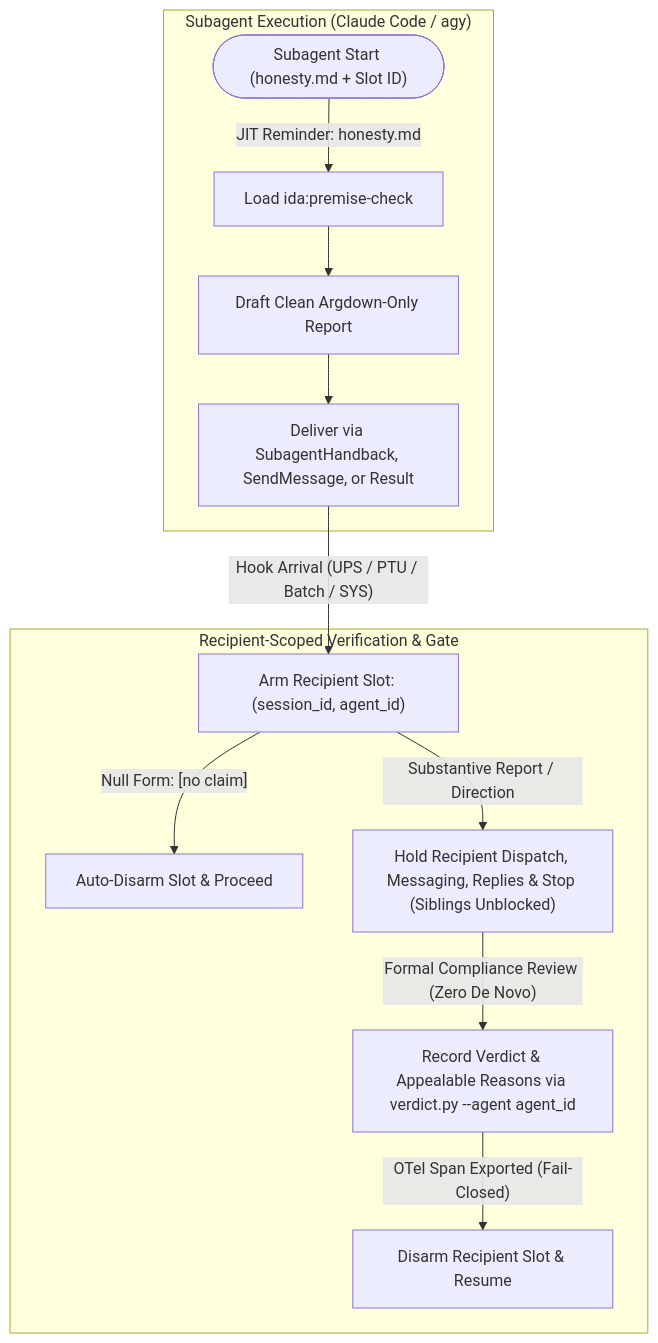
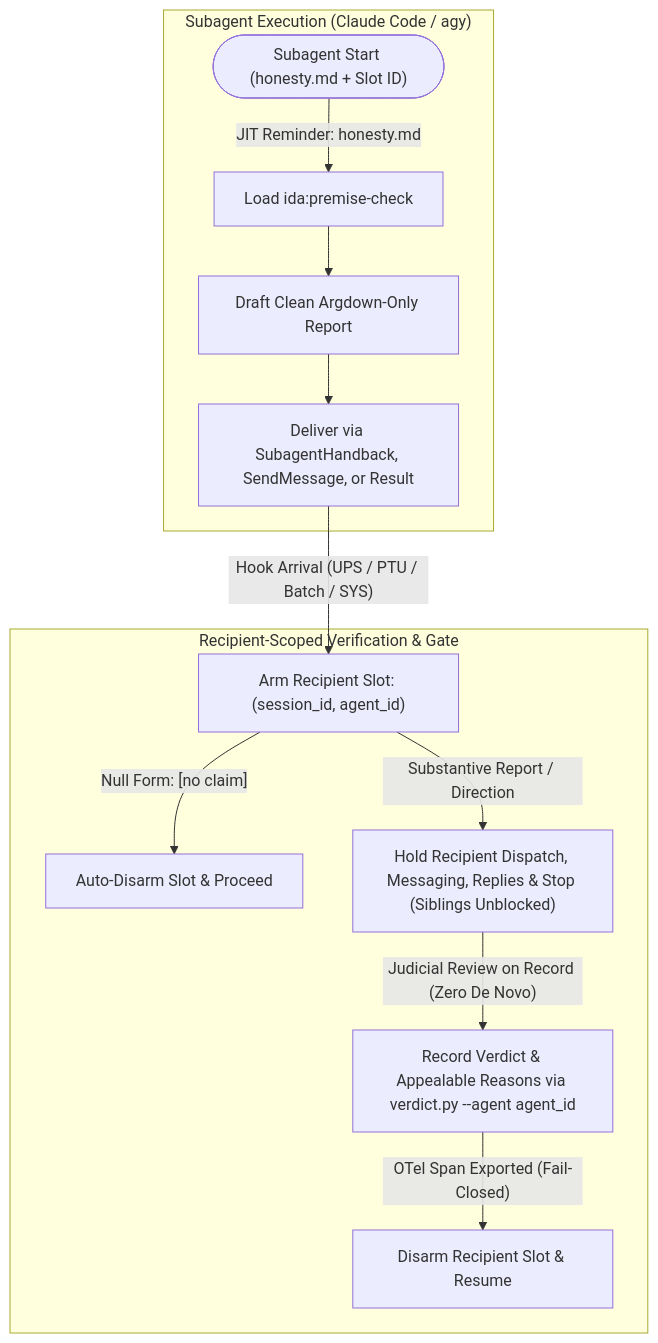
Before and after one commit to nicsuzor/academicOps: the diagram in specs/enforcement/evidence-contract-enforcement.md, drawn with Mermaid. The commit also changed other lines of this file and 24 other files, not shown here.

````diff
--- a/specs/enforcement/evidence-contract-enforcement.md
+++ b/specs/enforcement/evidence-contract-enforcement.md
@@ -16,15 +16,15 @@
 ```mermaid
 flowchart TD
     subgraph SubagentExecution ["Subagent Execution (Claude Code / agy)"]
         Start(["Subagent Start (honesty.md + Slot ID)"]) -->|"JIT Reminder: honesty.md"| Prompt["Load ida:premise-check"]
         Prompt --> Draft["Draft Clean Argdown-Only Report"]
         Draft --> Handback["Deliver via SubagentHandback, SendMessage, or Result"]
     end
     subgraph CallerVerification ["Recipient-Scoped Verification & Gate"]
         Handback -->|"Hook Arrival (UPS / PTU / Batch / SYS)"| SlotArm["Arm Recipient Slot: (session_id, agent_id)"]
         SlotArm -->|"Null Form: [no claim]"| DisarmNull["Auto-Disarm Slot & Proceed"]
         SlotArm -->|"Substantive Report / Direction"| HoldSlot["Hold Recipient Dispatch, Messaging, Replies & Stop (Siblings Unblocked)"]
-        HoldSlot -->|"Formal Compliance Review (Zero De Novo)"| Verdict["Record Verdict & Appealable Reasons via verdict.py --agent agent_id"]
+        HoldSlot -->|"Judicial Review on Record (Zero De Novo)"| Verdict["Record Verdict & Appealable Reasons via verdict.py --agent agent_id"]
         Verdict -->|"OTel Span Exported (Fail-Closed)"| Disarm["Disarm Recipient Slot & Resume"]
     end
 ```
````
